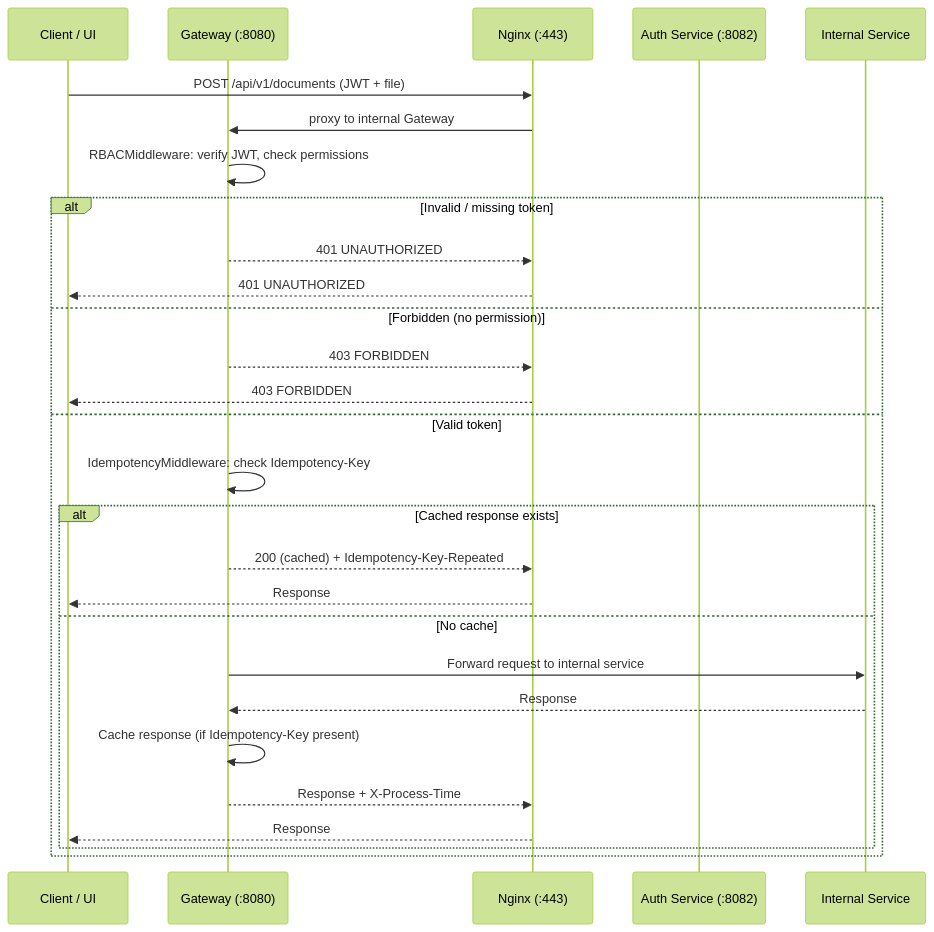
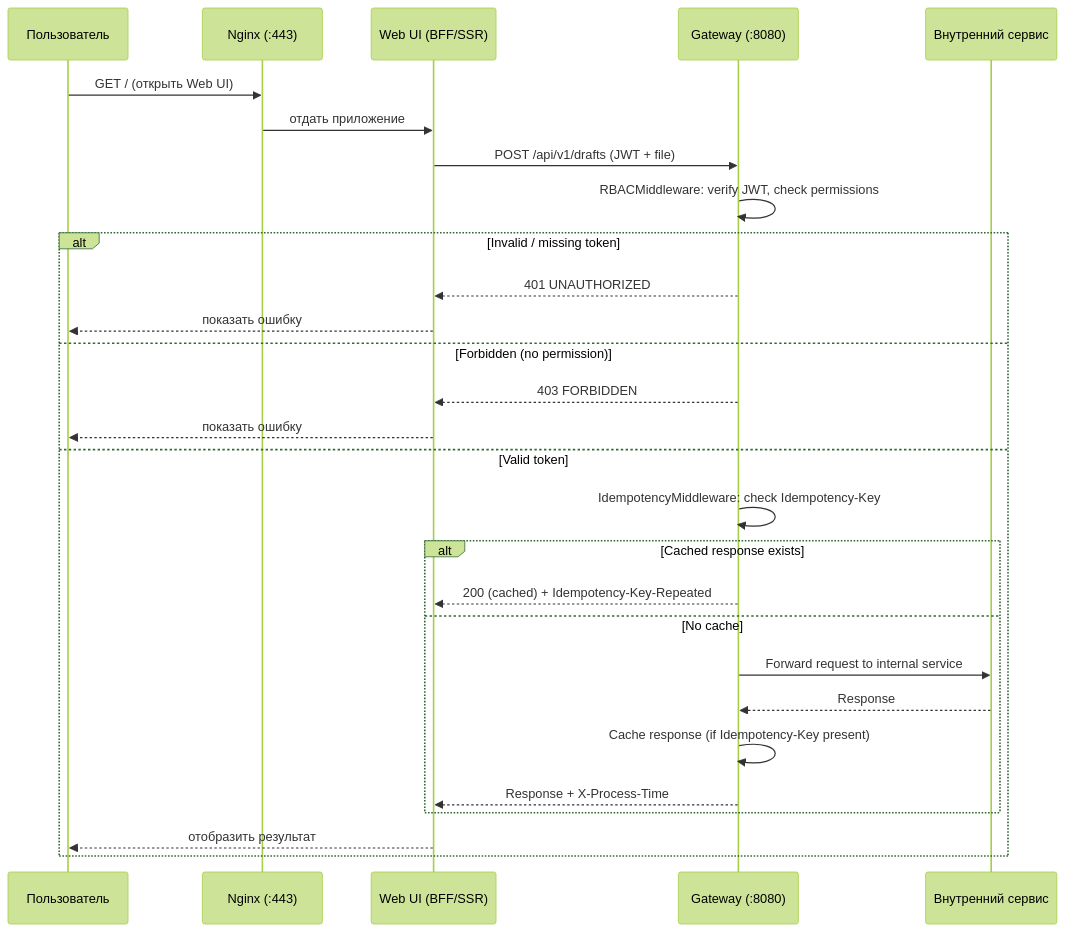
One commit to MasterKSAF/PKB changed the second of 2 diagrams in backend/gateway_service/docs/gateway_service_api.md. Above: the diagram before and after it, drawn with Mermaid (forest theme). The commit also changed other lines of this file and 10 other files, not shown here.

````diff
--- a/backend/gateway_service/docs/gateway_service_api.md
+++ b/backend/gateway_service/docs/gateway_service_api.md
@@ -136,31 +232,31 @@
 ```mermaid
 sequenceDiagram
-    participant Client as Client / UI
+    participant User as Пользователь
+    participant Nginx as Nginx (:443)
+    participant UI as Web UI (BFF/SSR)
     participant GW as Gateway (:8080)
-    participant Nginx as Nginx (:443)
-    participant Auth as Auth Service (:8082)
-    participant Internal as Internal Service
+    participant Internal as Внутренний сервис
 
-    Client->>Nginx: POST /api/v1/documents (JWT + file)
-    Nginx->>GW: proxy to internal Gateway
+    User->>Nginx: GET / (открыть Web UI)
+    Nginx->>UI: отдать приложение
+    UI->>GW: POST /api/v1/drafts (JWT + file)
     GW->>GW: RBACMiddleware: verify JWT, check permissions
     alt Invalid / missing token
-        GW-->>Nginx: 401 UNAUTHORIZED
-        Nginx-->>Client: 401 UNAUTHORIZED
+        GW-->>UI: 401 UNAUTHORIZED
+        UI-->>User: показать ошибку
     else Forbidden (no permission)
-        GW-->>Nginx: 403 FORBIDDEN
-        Nginx-->>Client: 403 FORBIDDEN
+        GW-->>UI: 403 FORBIDDEN
+        UI-->>User: показать ошибку
     else Valid token
         GW->>GW: IdempotencyMiddleware: check Idempotency-Key
         alt Cached response exists
-            GW-->>Nginx: 200 (cached) + Idempotency-Key-Repeated
-            Nginx-->>Client: Response
+            GW-->>UI: 200 (cached) + Idempotency-Key-Repeated
         else No cache
             GW->>Internal: Forward request to internal service
             Internal-->>GW: Response
             GW->>GW: Cache response (if Idempotency-Key present)
-            GW-->>Nginx: Response + X-Process-Time
-            Nginx-->>Client: Response
+            GW-->>UI: Response + X-Process-Time
         end
+        UI-->>User: отобразить результат
     end
 ```
````
